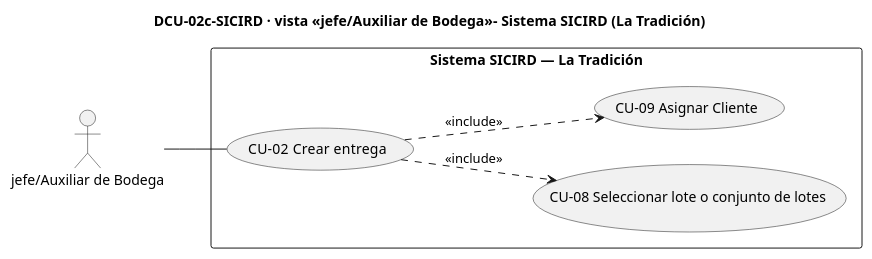
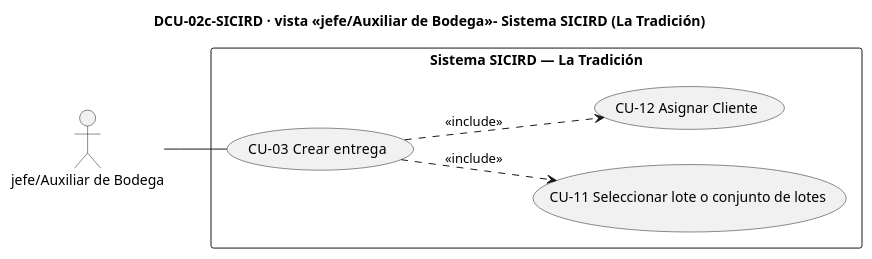
Before and after one commit to Kriner2005/2026-2-IReq-Grupo03: the diagram in DCU-02c.puml, drawn with PlantUML. The commit also changed 2 other files, not shown here.

```diff
--- a/DCU-02c.puml
+++ b/DCU-02c.puml
@@ -1,21 +1,21 @@
 @startuml DCU-02c-SICIRD
 title DCU-02c-SICIRD · vista <<jefe/Auxiliar de Bodega >>- Sistema SICIRD (La Tradición)
 left to right direction
 
 actor "jefe/Auxiliar de Bodega" as BOD
 
 
 rectangle "Sistema SICIRD — La Tradición" {
-  usecase "CU-02  Crear entrega" as CU02
-  usecase "CU-08 Seleccionar lote o conjunto de lotes " as CU08
-  usecase "CU-09 Asignar Cliente" as CU09
+  usecase "CU-03  Crear entrega" as CU03
+  usecase "CU-11 Seleccionar lote o conjunto de lotes " as CU11
+  usecase "CU-12 Asignar Cliente" as CU12
 }
 
-BOD -- CU02
+BOD -- CU03
 
-CU02 ..> CU08 : <<include>>
-CU02 ..> CU09 : <<include>>
+CU03 ..> CU11 : <<include>>
+CU03 ..> CU12 : <<include>>
 
 
 
 @enduml
```
